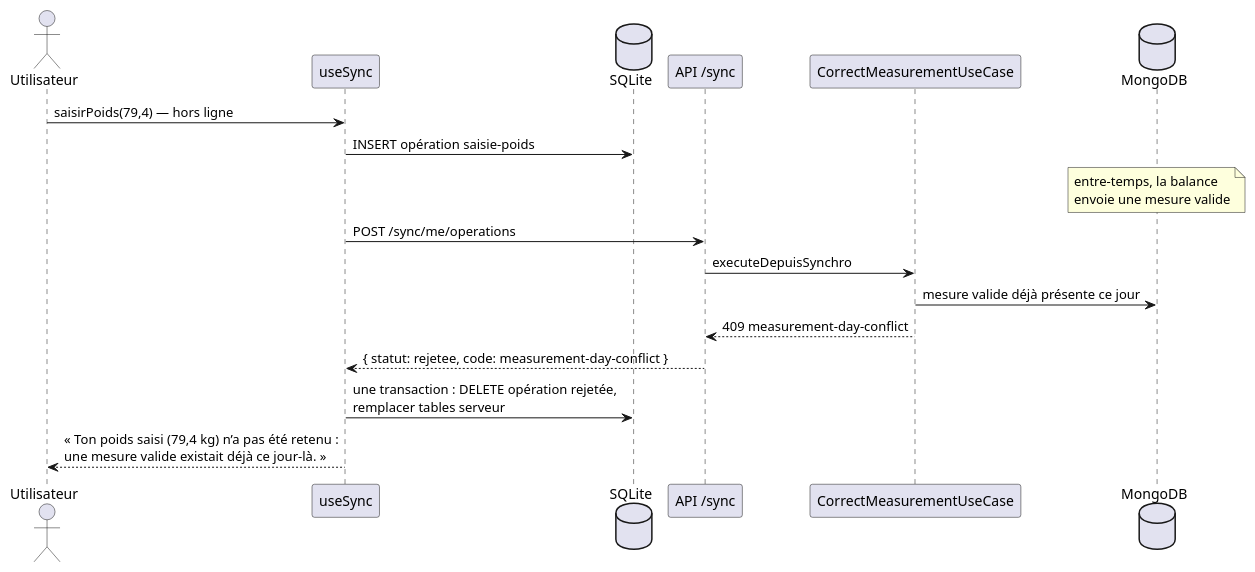
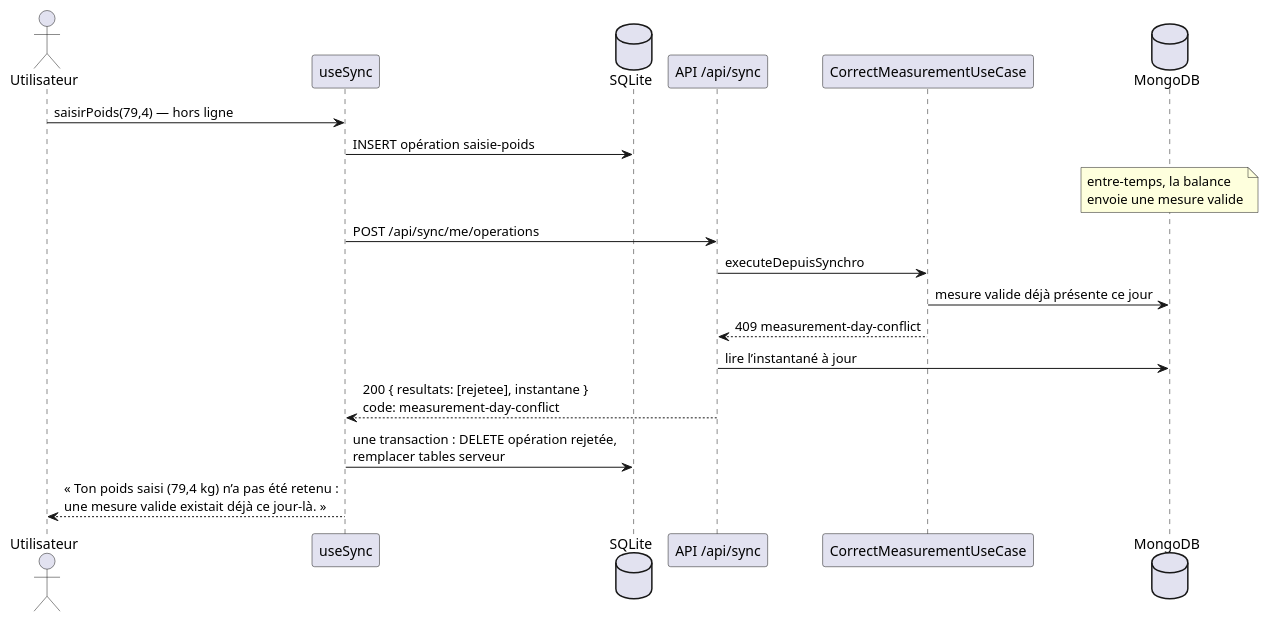
Before and after one commit to hachwilliam89-spec/Equilibre-HACH-Kim: the fourth of 4 diagrams in docs/synchronisation.md, drawn with PlantUML. The commit also changed other lines of this file and 12 other files, not shown here.

Commit message:
docs(sync): aligne les diagrammes et les preuves de recette (FR403-767)

````diff
--- a/docs/synchronisation.md
+++ b/docs/synchronisation.md
@@ -243,21 +248,22 @@
 ```plantuml
 @startuml
 actor Utilisateur
 participant "useSync" as Sync
 database "SQLite" as DB
-participant "API /sync" as API
+participant "API /api/sync" as API
 participant "CorrectMeasurementUseCase" as UC
 database MongoDB
 
 Utilisateur -> Sync : saisirPoids(79,4) — hors ligne
 Sync -> DB : INSERT opération saisie-poids
 note over MongoDB : entre-temps, la balance\nenvoie une mesure valide
-Sync -> API : POST /sync/me/operations
+Sync -> API : POST /api/sync/me/operations
 API -> UC : executeDepuisSynchro
 UC -> MongoDB : mesure valide déjà présente ce jour
 UC --> API : 409 measurement-day-conflict
-API --> Sync : { statut: rejetee, code: measurement-day-conflict }
+API -> MongoDB : lire l’instantané à jour
+API --> Sync : 200 { resultats: [rejetee], instantane }\ncode: measurement-day-conflict
 Sync -> DB : une transaction : DELETE opération rejetée,\nremplacer tables serveur
 Sync --> Utilisateur : « Ton poids saisi (79,4 kg) n’a pas été retenu :\nune mesure valide existait déjà ce jour-là. »
 @enduml
 ```
````
